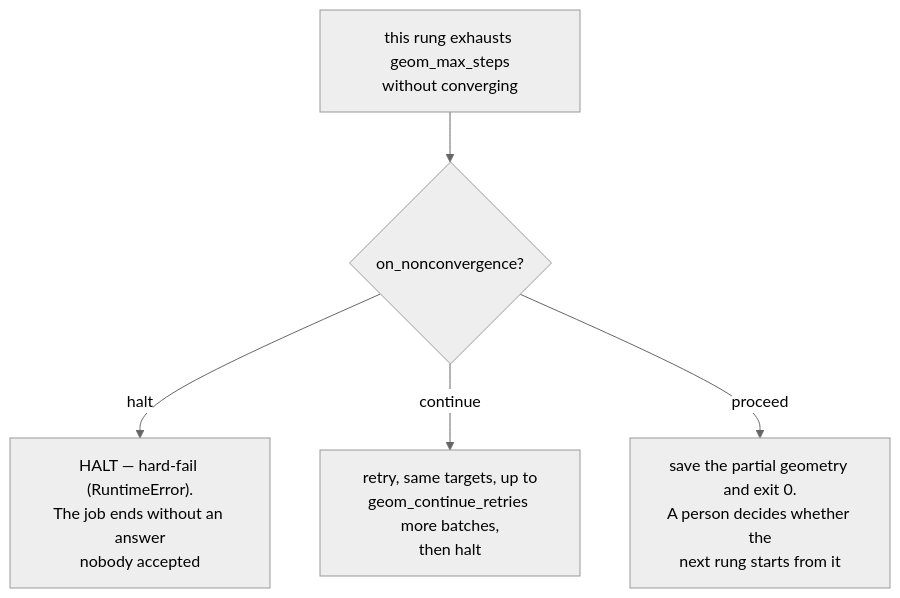
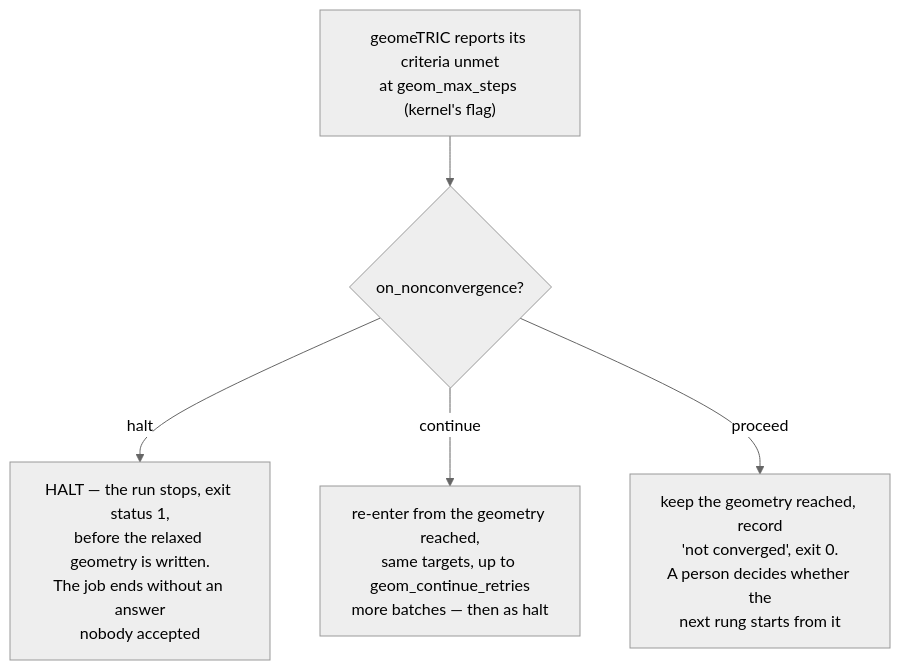
Before and after one commit to Qing-LAB/molbuilder: the second of 2 diagrams in docs/engines/pyscf.md, drawn with Mermaid (neutral theme). The commit also changed other lines of this file and 30 other files, not shown here.

````diff
--- a/docs/engines/pyscf.md
+++ b/docs/engines/pyscf.md
@@ -277,7 +299,7 @@
 ```mermaid
 flowchart TD
-    ST["this rung exhausts geom_max_steps<br/>without converging"] --> P{"on_nonconvergence?"}
-    P -->|halt| H["HALT — hard-fail (RuntimeError).<br/>The job ends without an answer<br/>nobody accepted"]
-    P -->|continue| C["retry, same targets, up to<br/>geom_continue_retries more batches,<br/>then halt"]
-    P -->|proceed| PR["save the partial geometry and exit 0.<br/>A person decides whether the<br/>next rung starts from it"]
+    ST["geomeTRIC reports its criteria unmet<br/>at geom_max_steps (kernel's flag)"] --> P{"on_nonconvergence?"}
+    P -->|halt| H["HALT — the run stops, exit status 1,<br/>before the relaxed geometry is written.<br/>The job ends without an answer<br/>nobody accepted"]
+    P -->|continue| C["re-enter from the geometry reached,<br/>same targets, up to geom_continue_retries<br/>more batches — then as halt"]
+    P -->|proceed| PR["keep the geometry reached, record<br/>'not converged', exit 0.<br/>A person decides whether the<br/>next rung starts from it"]
 ```
````
